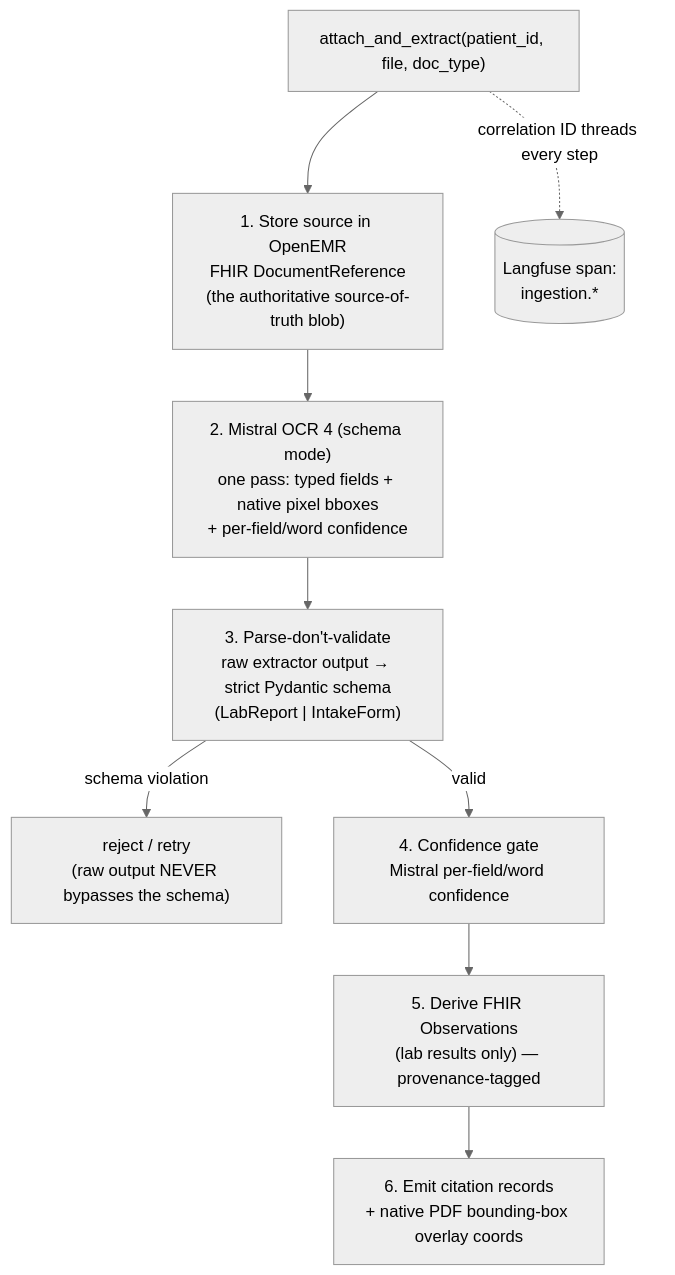
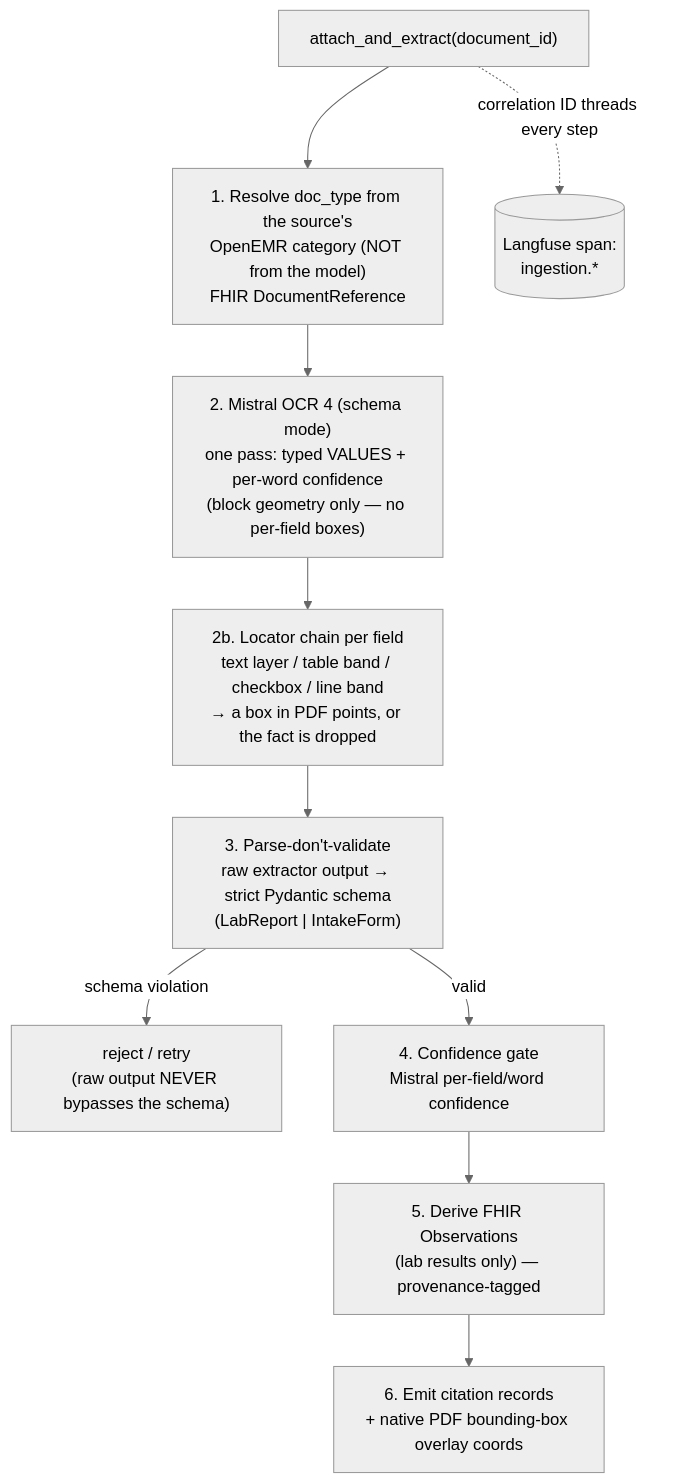
Before and after one commit to Josie29/openemr: the first of 3 diagrams in W2_ARCHITECTURE.md, drawn with Mermaid (neutral theme). The commit also changed other lines of this file and 66 other files, not shown here.

````diff
--- a/W2_ARCHITECTURE.md
+++ b/W2_ARCHITECTURE.md
@@ -141,11 +167,12 @@
 ```mermaid
 flowchart TB
-    up["attach_and_extract(patient_id, file, doc_type)"] --> store["1. Store source in OpenEMR\nFHIR DocumentReference\n(the authoritative source-of-truth blob)"]
-    store --> ext["2. Mistral OCR 4 (schema mode)\none pass: typed fields + native pixel bboxes\n+ per-field/word confidence"]
-    ext --> parse["3. Parse-don't-validate\nraw extractor output → strict Pydantic schema\n(LabReport | IntakeForm)"]
+    up["attach_and_extract(document_id)"] --> store["1. Resolve doc_type from the source's\nOpenEMR category (NOT from the model)\nFHIR DocumentReference"]
+    store --> ext["2. Mistral OCR 4 (schema mode)\none pass: typed VALUES + per-word confidence\n(block geometry only — no per-field boxes)"]
+    ext --> locate["2b. Locator chain per field\ntext layer / table band / checkbox / line band\n→ a box in PDF points, or the fact is dropped"]
+    locate --> parse["3. Parse-don't-validate\nraw extractor output → strict Pydantic schema\n(LabReport | IntakeForm)"]
     parse -->|schema violation| retry["reject / retry\n(raw output NEVER bypasses the schema)"]
     parse -->|valid| conf["4. Confidence gate\nMistral per-field/word confidence"]
     conf --> derive["5. Derive FHIR Observations\n(lab results only) — provenance-tagged"]
     derive --> cite["6. Emit citation records\n+ native PDF bounding-box overlay coords"]
     up -.->|correlation ID threads every step| obs[("Langfuse span:\ningestion.*")]
 ```
````
